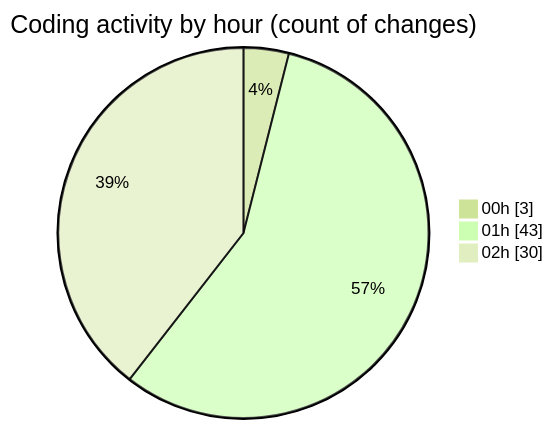
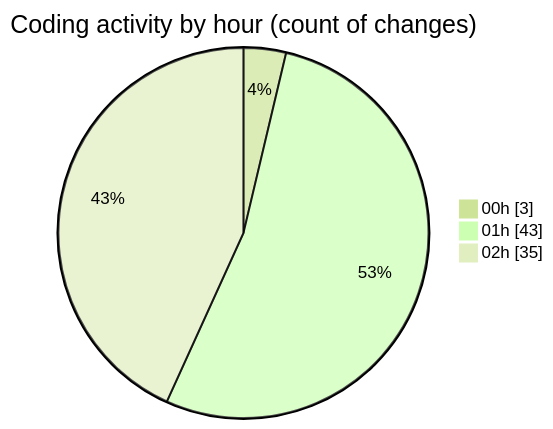
One commit to mevix1/code-tracking changed the second of 2 diagrams in 2025-10-02/oura-api/README.md. Above: the diagram before and after it, drawn with Mermaid (forest theme). The commit also changed other lines of this file and 1 other file, not shown here.

````diff
--- a/2025-10-02/oura-api/README.md
+++ b/2025-10-02/oura-api/README.md
@@ -89,7 +89,7 @@
 ```mermaid
 pie showData
 title Coding activity by hour (count of changes)
 "00h" : 3
 "01h" : 43
-"02h" : 30
+"02h" : 35
 ```
````
